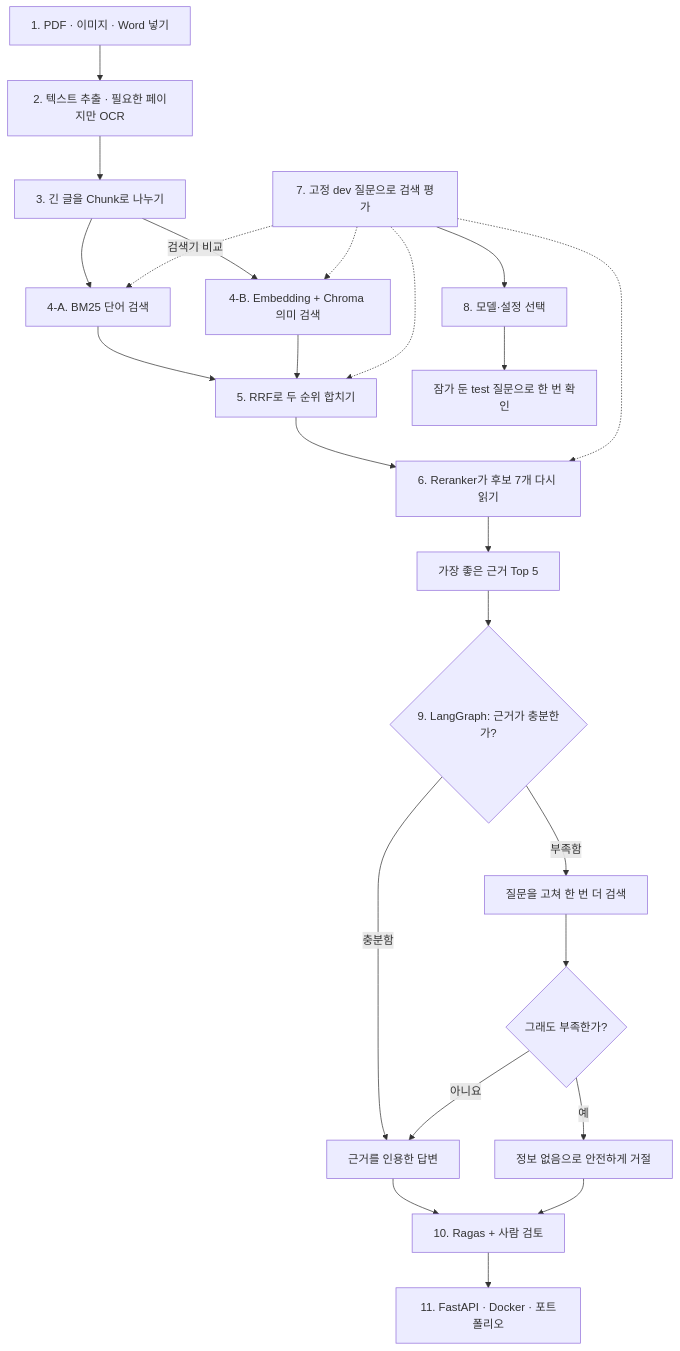
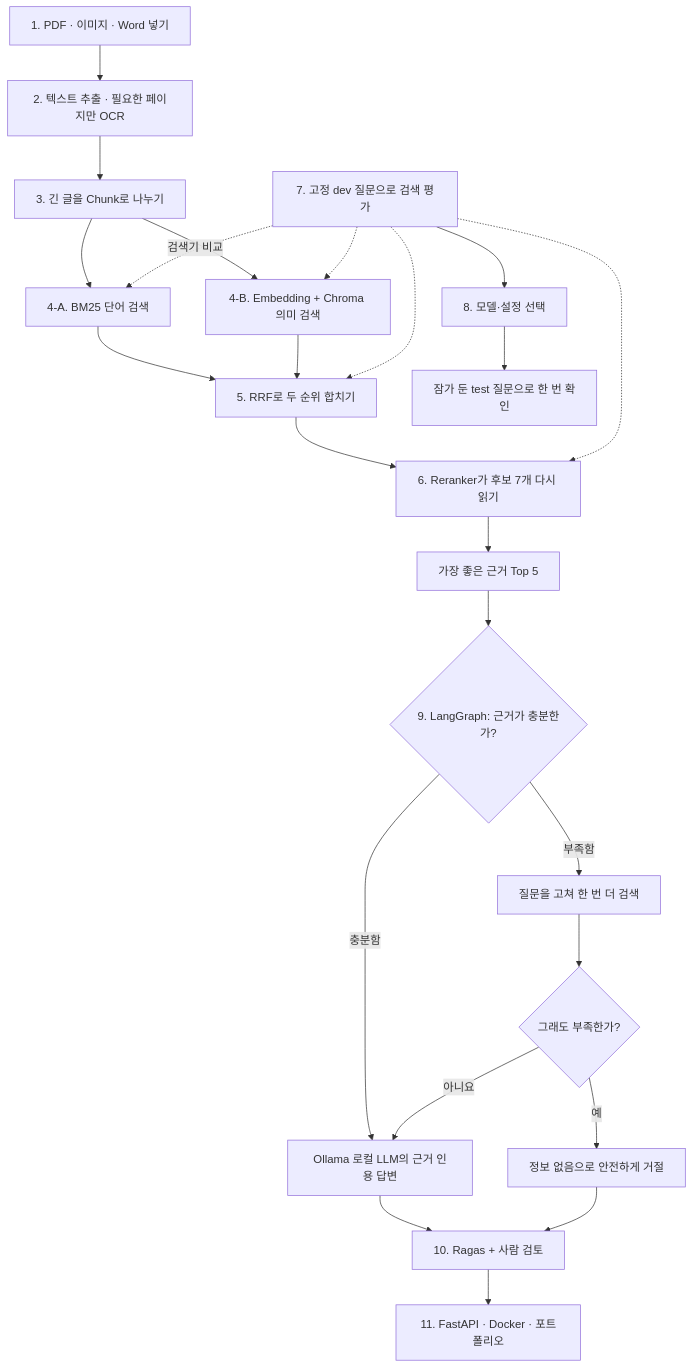
Before and after one commit to hamjinoo/gongo-rag: the diagram in docs/RAG_WORKFLOW.md, drawn with Mermaid. The commit also changed other lines of this file and 10 other files, not shown here.

````diff
--- a/docs/RAG_WORKFLOW.md
+++ b/docs/RAG_WORKFLOW.md
@@ -36,27 +36,27 @@
 ```mermaid
 flowchart TD
     A["1. PDF · 이미지 · Word 넣기"] --> B["2. 텍스트 추출 · 필요한 페이지만 OCR"]
     B --> C["3. 긴 글을 Chunk로 나누기"]
     C --> D["4-A. BM25 단어 검색"]
     C --> E["4-B. Embedding + Chroma 의미 검색"]
     D --> F["5. RRF로 두 순위 합치기"]
     E --> F
     F --> G["6. Reranker가 후보 7개 다시 읽기"]
     G --> H["가장 좋은 근거 Top 5"]
     H --> I{"9. LangGraph: 근거가 충분한가?"}
-    I -- "충분함" --> J["근거를 인용한 답변"]
+    I -- "충분함" --> J["Ollama 로컬 LLM의 근거 인용 답변"]
     I -- "부족함" --> K["질문을 고쳐 한 번 더 검색"]
     K --> L{"그래도 부족한가?"}
     L -- "아니요" --> J
     L -- "예" --> M["정보 없음으로 안전하게 거절"]
     J --> N["10. Ragas + 사람 검토"]
     M --> N
     N --> O["11. FastAPI · Docker · 포트폴리오"]
 
     P["7. 고정 dev 질문으로 검색 평가"] -. "검색기 비교" .-> D
     P -.-> E
     P -.-> F
     P -.-> G
     P --> Q["8. 모델·설정 선택"]
     Q --> R["잠가 둔 test 질문으로 한 번 확인"]
 ```
````
